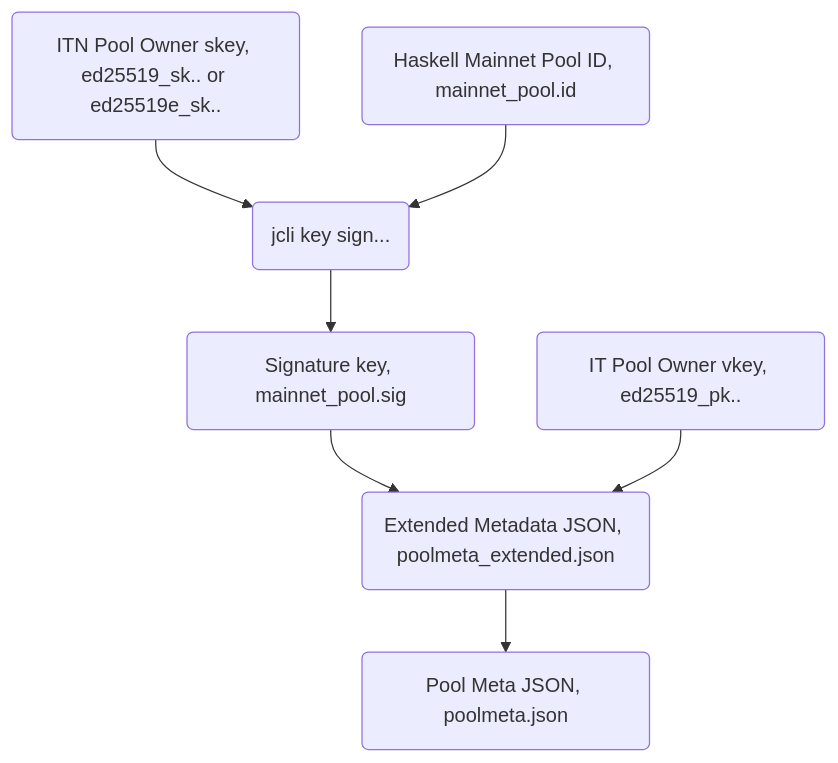
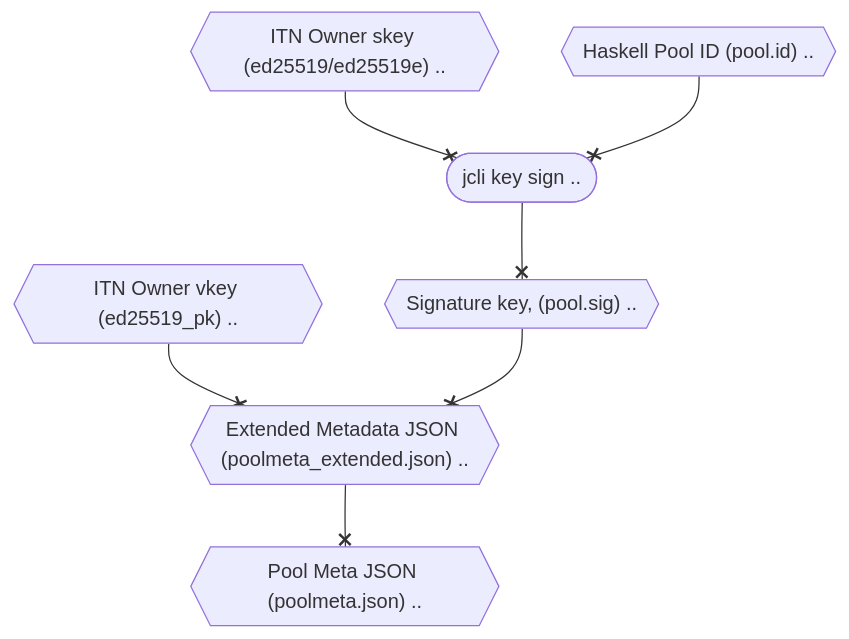
One commit to cardano-community/guild-operators changed the diagram in docs/Scripts/cntools-itnwitness.md. Above: the diagram before and after it, drawn with Mermaid. The commit also changed other lines of this file and 9 other files, not shown here.

Commit message:
Various doco updates, fix broken links, mermaid flex, etc

````diff
--- a/docs/Scripts/cntools-itnwitness.md
+++ b/docs/Scripts/cntools-itnwitness.md
@@ -10,10 +13,10 @@
 ```mermaid
-graph TD
-    A(ITN Pool Owner skey, ed25519_sk.. or ed25519e_sk..) --> C(jcli key sign...)
-    B(Haskell Mainnet Pool ID, mainnet_pool.id) --> C
-    C --> D(Signature key, mainnet_pool.sig)
-    D --> F
-    E(IT Pool Owner vkey, ed25519_pk..) --> F(Extended Metadata JSON, poolmeta_extended.json)
-    F --> G(Pool Meta JSON, poolmeta.json)
+graph TB
+    A{{"ITN Owner skey (ed25519/ed25519e) .."}} --x C(["jcli key sign .."])
+    B{{"Haskell Pool ID (pool.id) .."}} --x C
+    C --x D{{"Signature key, (pool.sig) .."}}
+    E{{"ITN Owner vkey (ed25519_pk) .."}} --x F{{"Extended Metadata JSON (poolmeta_extended.json) .."}}
+    D --x F
+    F --x G{{"Pool Meta JSON (poolmeta.json) .."}}
     ;
 ```
````
